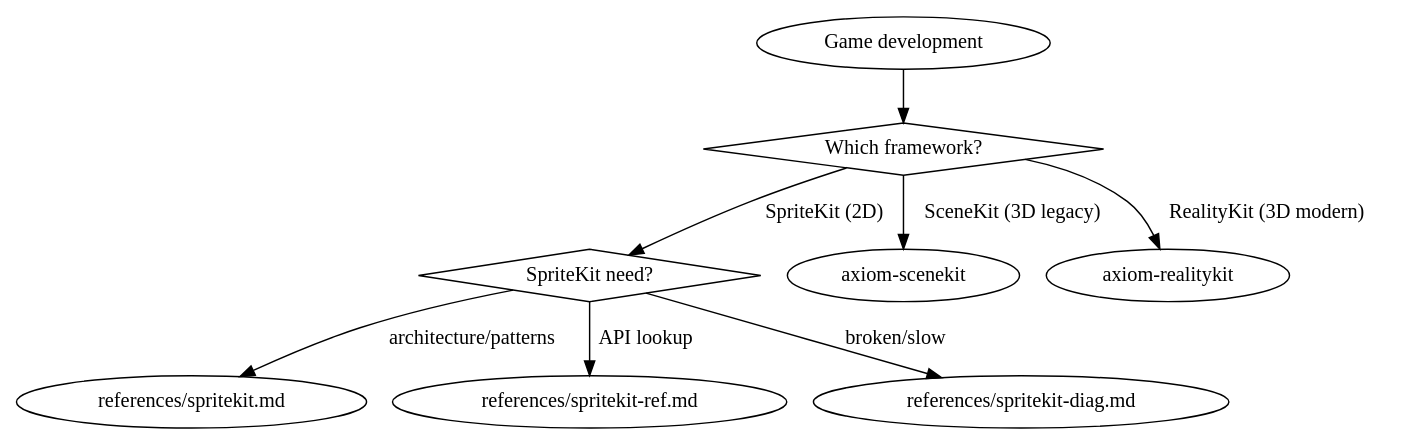
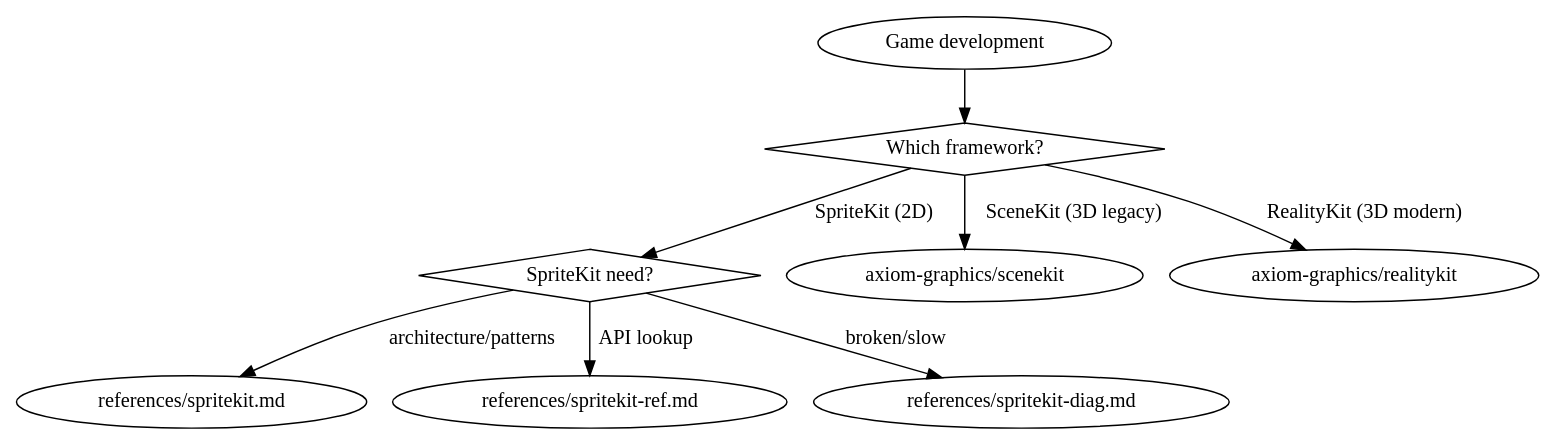
One commit to CharlesWiltgen/Axiom changed the diagram in .claude-plugin/plugins/axiom/skills/axiom-games/SKILL.md. Above: the diagram before and after it, drawn with Graphviz. The commit also changed other lines of this file and 144 other files, not shown here.

````diff
--- a/.claude-plugin/plugins/axiom/skills/axiom-games/SKILL.md
+++ b/.claude-plugin/plugins/axiom/skills/axiom-games/SKILL.md
@@ -46,16 +46,16 @@
 ```dot
 digraph games {
     start [label="Game development" shape=ellipse];
     what [label="Which framework?" shape=diamond];
     sprite_what [label="SpriteKit need?" shape=diamond];
 
     start -> what;
     what -> sprite_what [label="SpriteKit (2D)"];
-    what -> "axiom-scenekit" [label="SceneKit (3D legacy)"];
-    what -> "axiom-realitykit" [label="RealityKit (3D modern)"];
+    what -> "axiom-graphics/scenekit" [label="SceneKit (3D legacy)"];
+    what -> "axiom-graphics/realitykit" [label="RealityKit (3D modern)"];
 
     sprite_what -> "references/spritekit.md" [label="architecture/patterns"];
     sprite_what -> "references/spritekit-ref.md" [label="API lookup"];
     sprite_what -> "references/spritekit-diag.md" [label="broken/slow"];
 }
 ```
````
